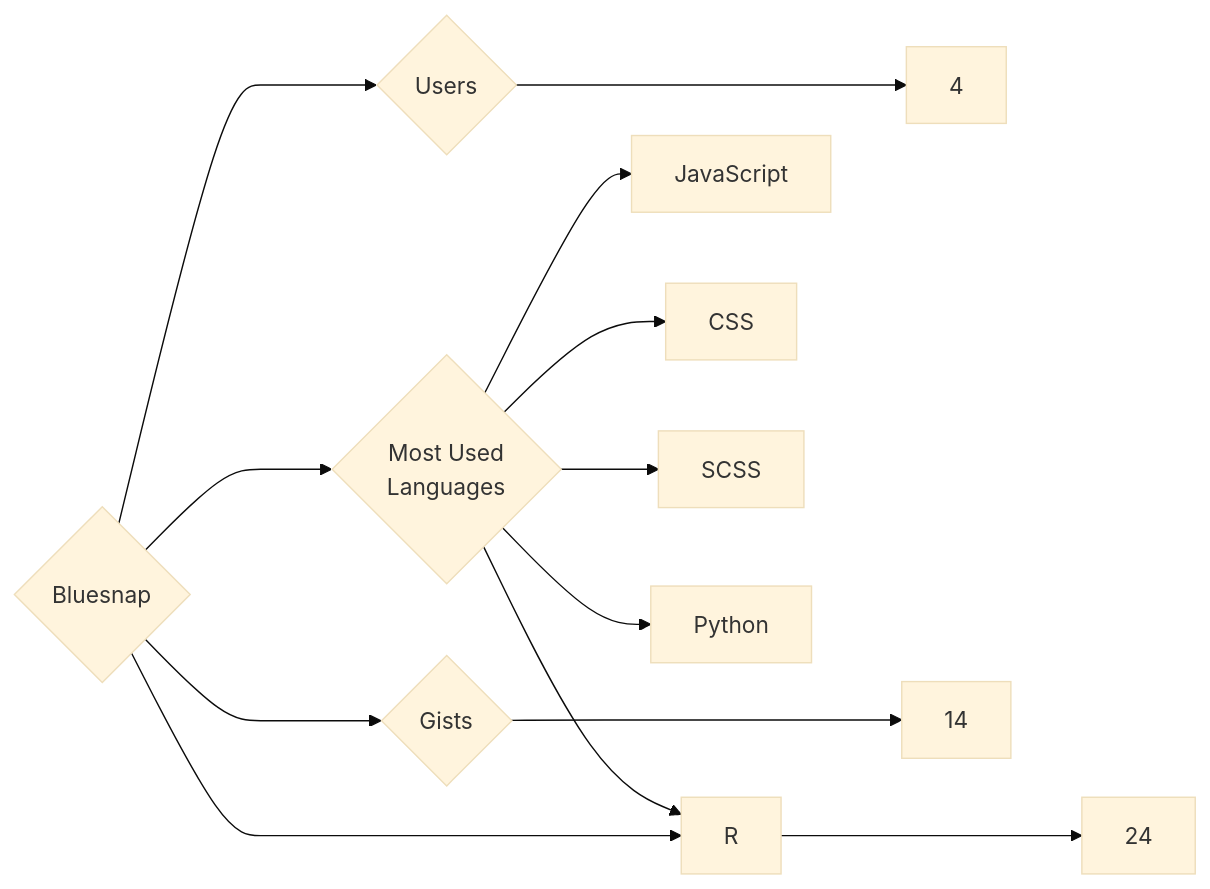
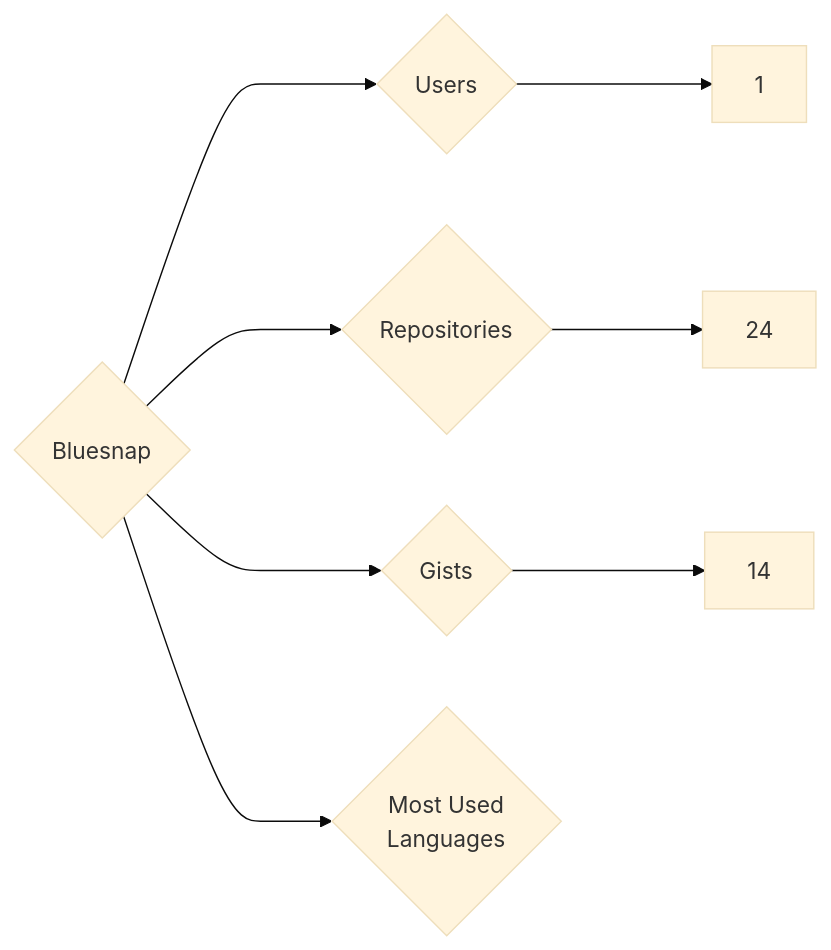
Before and after one commit to trickest/insiders: the diagram in targets/Bluesnap/README.md, drawn with Mermaid (base theme). The commit also changed 553 other files, not shown here.

````diff
--- a/targets/Bluesnap/README.md
+++ b/targets/Bluesnap/README.md
@@ -3,13 +3,8 @@
 ```mermaid
 graph LR
 COMPANY_NAME{Bluesnap}
-COMPANY_NAME ---> U{Users} ---> UN[4]
+COMPANY_NAME ---> U{Users} ---> UN[1]
 COMPANY_NAME ---> R{Repositories} ---> RN[24]
 COMPANY_NAME ---> G{Gists} ---> GN[14]
 COMPANY_NAME ---> ML{Most Used<br>Languages}
-ML --> JavaScript[JavaScript]
-ML --> CSS[CSS]
-ML --> SCSS[SCSS]
-ML --> R[R]
-ML --> Python[Python]
 ```
````
